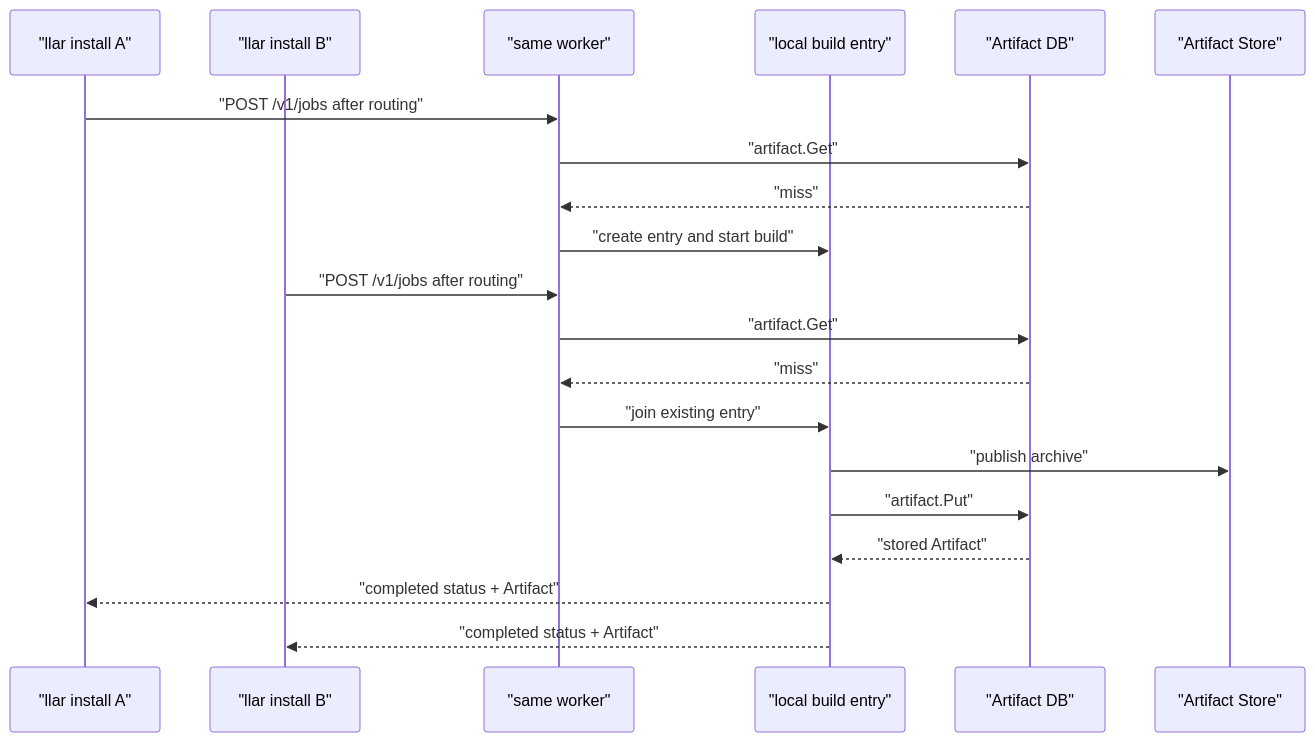
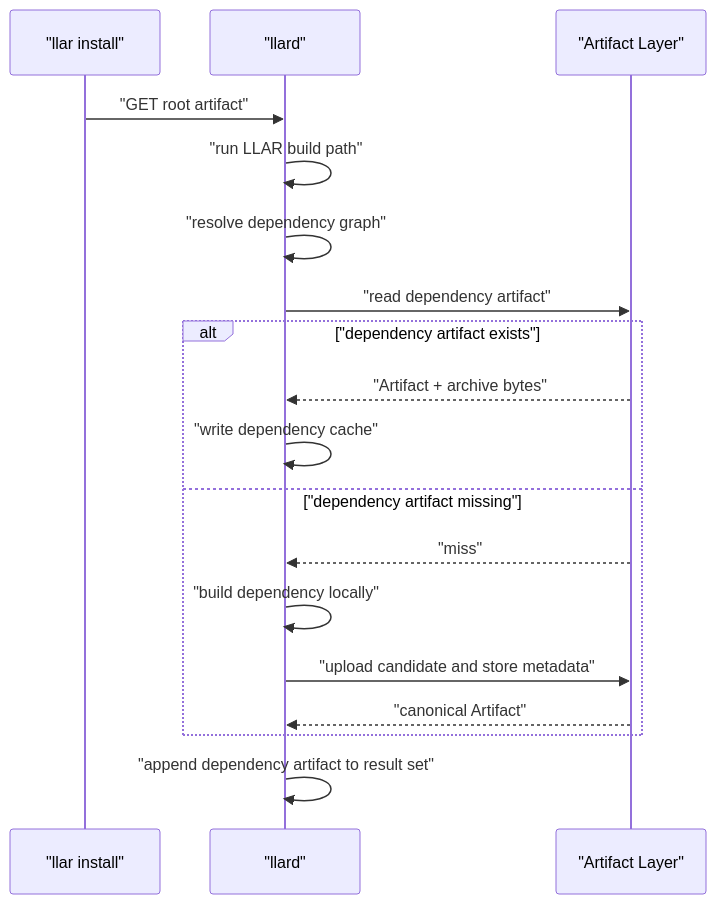
Before and after one commit to MeteorsLiu/llar: the fourth of 6 diagrams in docs/superpowers/specs/2026-06-08-cloud-build-worker-architecture.md, drawn with Mermaid. The commit also changed other lines of this file and 4 other files, not shown here.

````diff
--- a/docs/superpowers/specs/2026-06-08-cloud-build-worker-architecture.md
+++ b/docs/superpowers/specs/2026-06-08-cloud-build-worker-architecture.md
@@ -467,23 +458,21 @@
 ```mermaid
 sequenceDiagram
-  participant A as "llar install A"
-  participant B as "llar install B"
-  participant Worker as "same worker"
-  participant Build as "local build entry"
-  participant DB as "Artifact DB"
-  participant Store as "Artifact Store"
+  participant Client as "llar install"
+  participant Llard as "llard"
+  participant Artifact as "Artifact Layer"
 
-  A->>Worker: "POST /v1/jobs after routing"
-  Worker->>DB: "artifact.Get"
-  DB-->>Worker: "miss"
-  Worker->>Build: "create entry and start build"
-  B->>Worker: "POST /v1/jobs after routing"
-  Worker->>DB: "artifact.Get"
-  DB-->>Worker: "miss"
-  Worker->>Build: "join existing entry"
-  Build->>Store: "publish archive"
-  Build->>DB: "artifact.Put"
-  DB-->>Build: "stored Artifact"
-  Build-->>A: "completed status + Artifact"
-  Build-->>B: "completed status + Artifact"
+  Client->>Llard: "GET root artifact"
+  Llard->>Llard: "run LLAR build path"
+  Llard->>Llard: "resolve dependency graph"
+  Llard->>Artifact: "read dependency artifact"
+  alt "dependency artifact exists"
+    Artifact-->>Llard: "Artifact + archive bytes"
+    Llard->>Llard: "write dependency cache"
+  else "dependency artifact missing"
+    Artifact-->>Llard: "miss"
+    Llard->>Llard: "build dependency locally"
+    Llard->>Artifact: "upload candidate and store metadata"
+    Artifact-->>Llard: "canonical Artifact"
+  end
+  Llard->>Llard: "append dependency artifact to result set"
 ```
````
